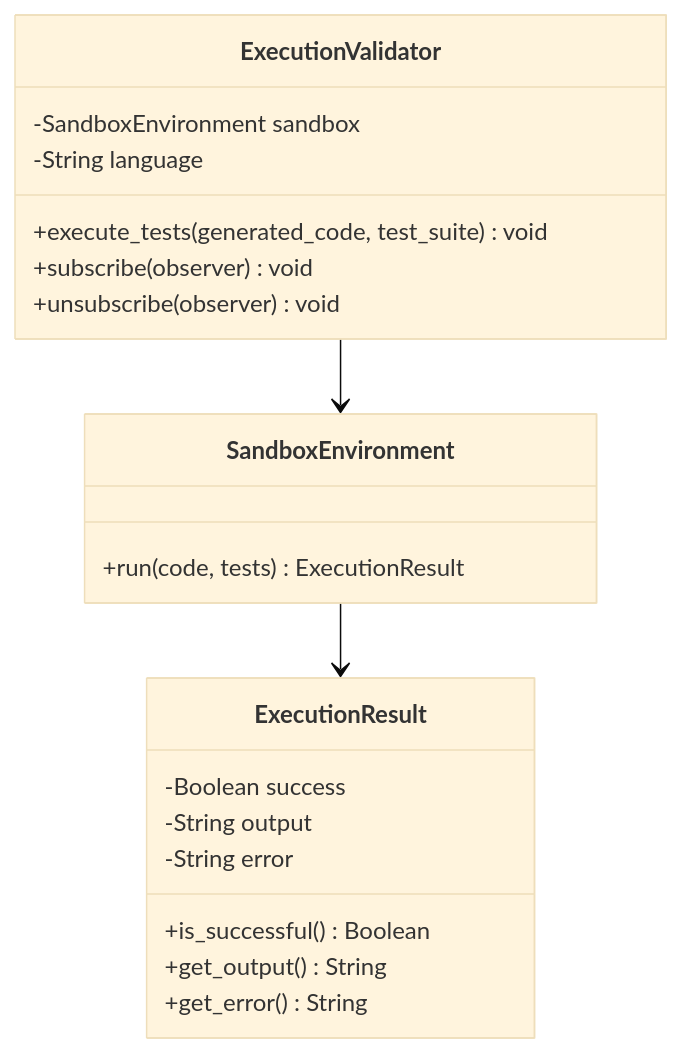
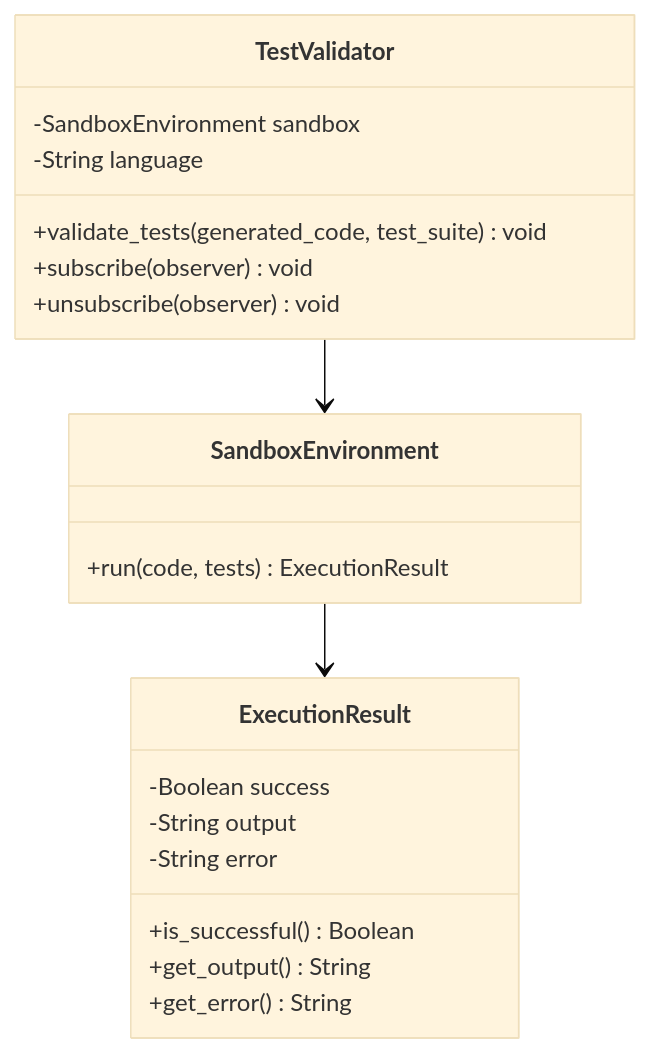
One commit to FilippoGurioli/test-2-code-llm changed the sixth of 7 diagrams in docs/design.md. Above: the diagram before and after it, drawn with Mermaid (base theme). The commit also changed other lines of this file and 1 other file, not shown here.

Commit message:
docs: rename execution validator into test validator

````diff
--- a/docs/design.md
+++ b/docs/design.md
@@ -213,31 +213,31 @@
 ```mermaid
 ---
   config:
     class:
       hideEmptyMembersBox: true
 ---
 classDiagram
-    class ExecutionValidator {
+    class TestValidator {
         -SandboxEnvironment sandbox
         -String language
-        +execute_tests(generated_code, test_suite) void
+        +validate_tests(generated_code, test_suite) void
         +subscribe(observer) void
         +unsubscribe(observer) void
     }
 
     class SandboxEnvironment {
         +run(code, tests) ExecutionResult
     }
 
     class ExecutionResult {
         -Boolean success
         -String output
         -String error
         +is_successful() Boolean
         +get_output() String
         +get_error() String
     }
 
-    ExecutionValidator --> SandboxEnvironment
+    TestValidator --> SandboxEnvironment
     SandboxEnvironment --> ExecutionResult
 ```
````
